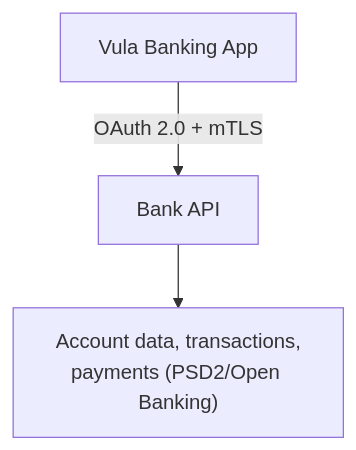
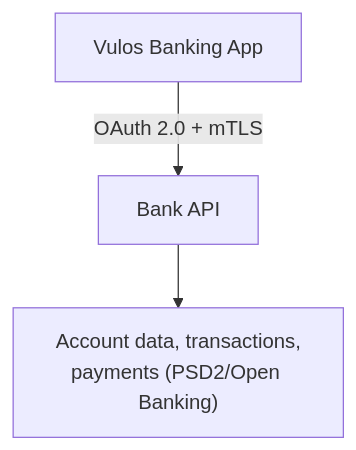
The fifth of 6 diagrams in roadmap/AUTHENTICATION.md (vul-os/vulos), drawn with Mermaid before and after one commit. The commit also changed other lines of this file and 138 other files, not shown here.

````diff
--- a/roadmap/AUTHENTICATION.md
+++ b/roadmap/AUTHENTICATION.md
@@ -684,5 +684,5 @@
 ```mermaid
 flowchart TD
-    App["Vula Banking App"] -->|"OAuth 2.0 + mTLS"| BankAPI["Bank API"]
+    App["Vulos Banking App"] -->|"OAuth 2.0 + mTLS"| BankAPI["Bank API"]
     BankAPI --> Data["Account data, transactions,<br/>payments (PSD2/Open Banking)"]
 ```
````
